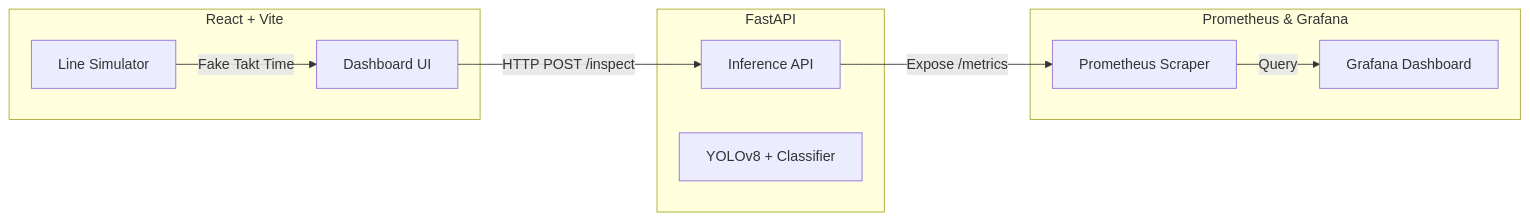
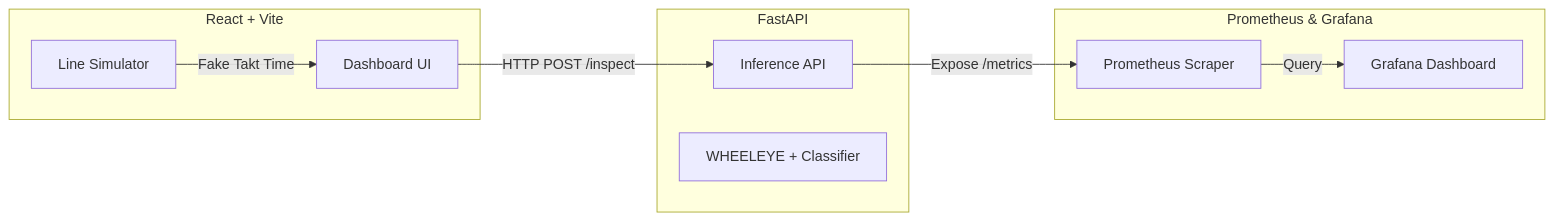
Before and after one commit to GughanS/renault_nissan: the diagram in README.md, drawn with Mermaid. The commit also changed other lines of this file, not shown here.

Commit message:
Rename YOLO to WHEELEYE as it is a custom architecture

````diff
--- a/README.md
+++ b/README.md
@@ -25,22 +25,22 @@
 ```mermaid
 graph LR
     subgraph Frontend [React + Vite]
         UI[Dashboard UI]
         SIM[Line Simulator]
     end
     
     subgraph Backend [FastAPI]
         API[Inference API]
-        CV[YOLOv8 + Classifier]
+        CV[WHEELEYE + Classifier]
     end
     
     subgraph Observability [Prometheus & Grafana]
         PROM[Prometheus Scraper]
         GRAF[Grafana Dashboard]
     end
 
     UI -- HTTP POST /inspect --> API
     SIM -- Fake Takt Time --> UI
     API -- Expose /metrics --> PROM
     PROM -- Query --> GRAF
 ```
````
